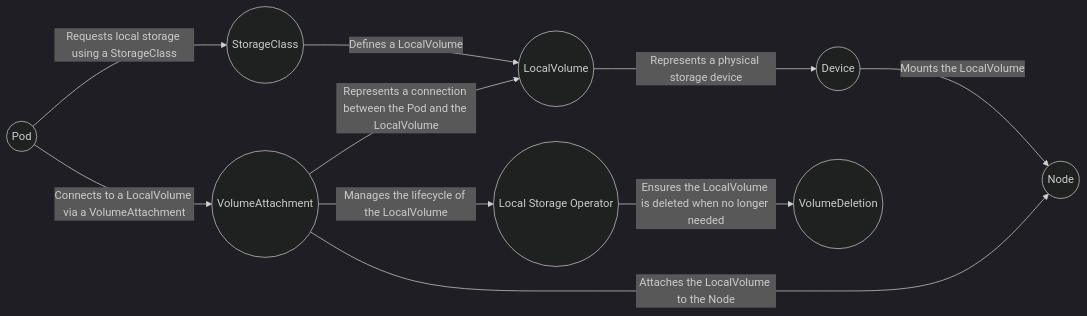
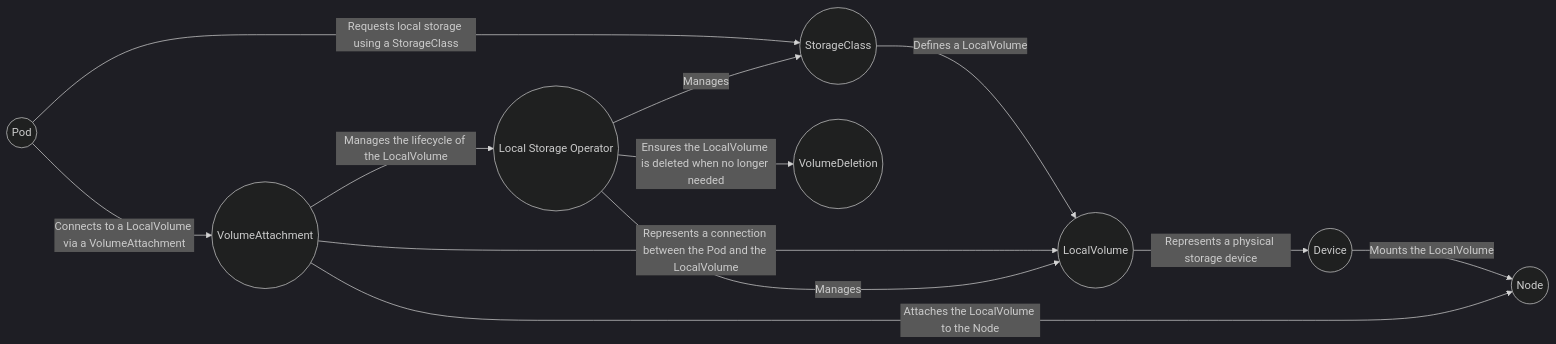
Before and after one commit to emmahone/Local-Storage-Operator-reference: the first of 2 diagrams in README.md, drawn with Mermaid (dark theme).

Commit message:
Update flowchart

````diff
--- a/README.md
+++ b/README.md
@@ -4,12 +4,14 @@
 ```mermaid
 graph LR
     Pod((Pod)) -->|Requests local storage using a StorageClass| StorageClass((StorageClass))
     StorageClass -->|Defines a LocalVolume| LocalVolume((LocalVolume))
     LocalVolume -->|Represents a physical storage device| Device((Device))
     Device -->|Mounts the LocalVolume| Node((Node))
     Pod -->|Connects to a LocalVolume via a VolumeAttachment| VolumeAttachment((VolumeAttachment))
     VolumeAttachment -->|Represents a connection between the Pod and the LocalVolume| LocalVolume
     VolumeAttachment -->|Attaches the LocalVolume to the Node| Node
     VolumeAttachment -->|Manages the lifecycle of the LocalVolume| LSO(("Local Storage Operator"))
     LSO -->|Ensures the LocalVolume is deleted when no longer needed| VolumeDeletion((VolumeDeletion))
+    LSO -->|Manages| LocalVolume
+    LSO -->|Manages| StorageClass
 ```
````
